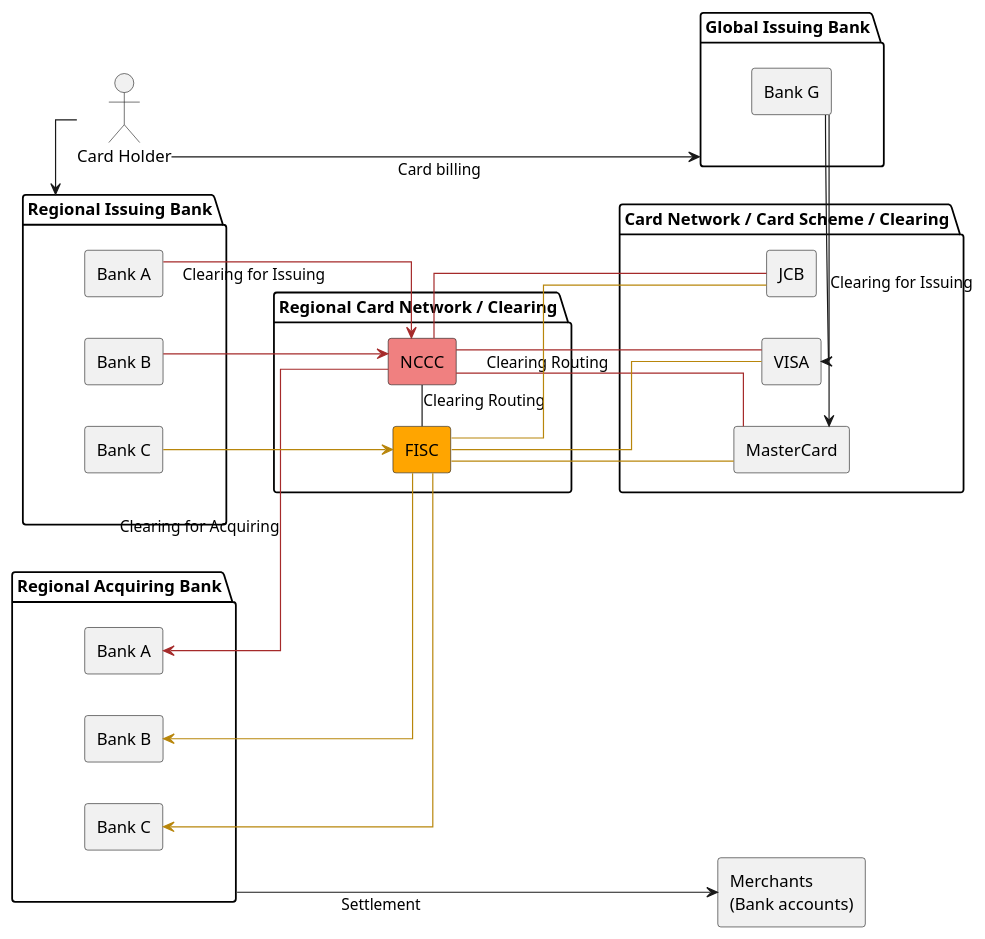
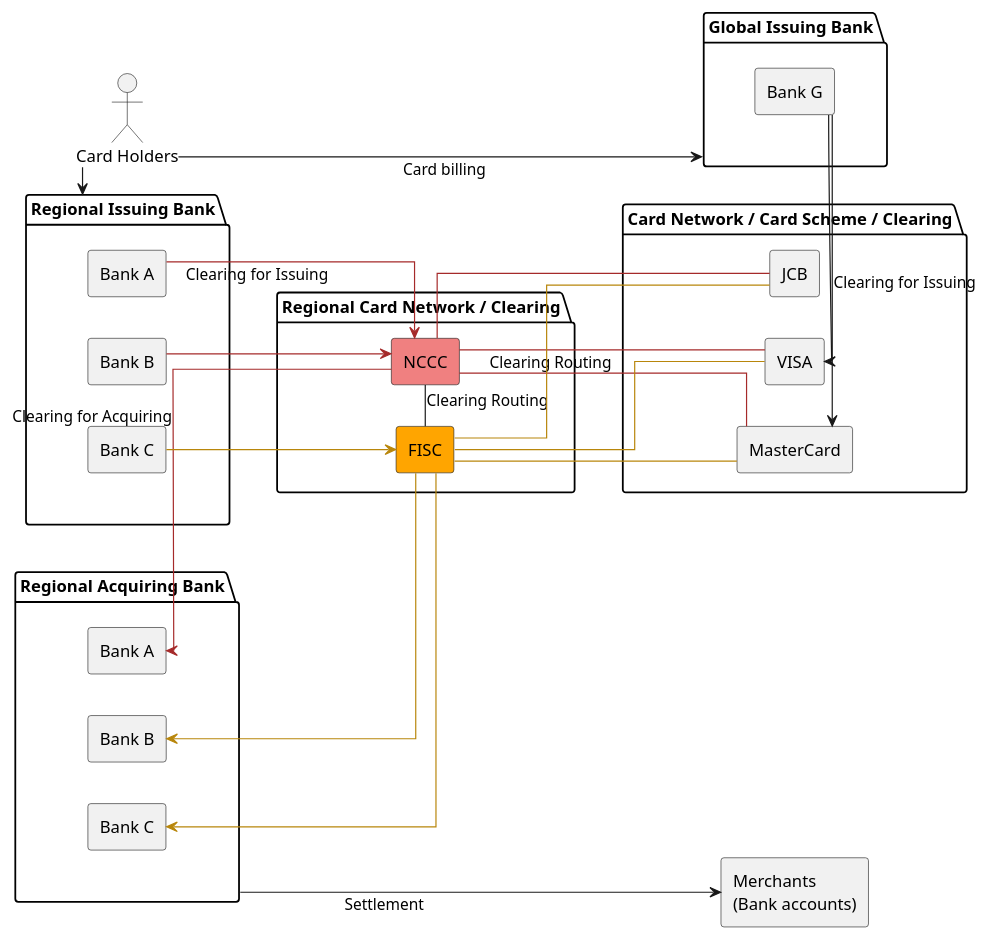
The diagram in payment/local-card-services-clearing.plantuml (yidas/web-service-architectures), drawn with PlantUML before and after one commit.

```diff
--- a/payment/local-card-services-clearing.plantuml
+++ b/payment/local-card-services-clearing.plantuml
@@ -1,53 +1,53 @@
 @startuml
 skinparam linetype polyline
 skinparam linetype ortho
 left to right direction
 
-actor "Card Holder" as user
+actor "Card Holders" as user
 agent "Merchants \n(Bank accounts)" as merchant
 package "Card Network / Card Scheme / Clearing" as ccnet {
   agent "VISA" as visa
   agent "MasterCard" as mc
   agent "JCB" as jcb
 }
 package "Regional Card Network / Clearing" as ccnet_local {
   agent "NCCC" as nccc #lightcoral
   agent "FISC" as fisc #orange
 }
 package "Global Issuing Bank" as issuer_global {
   agent "Bank G" as issuer_global_a
 }
 package "Regional Issuing Bank" as issuer_local {
   agent "Bank A" as issuer_a
   agent "Bank C" as issuer_b
   agent "Bank B" as issuer_c
 }
 package "Regional Acquiring Bank" as acquirer_local {
   agent "Bank A" as acquirer_a
   agent "Bank C" as acquirer_b
   agent "Bank B" as acquirer_c
 }
 
 nccc - fisc: Clearing Routing
 nccc --[#brown] visa: Clearing Routing
 nccc --[#brown] mc
 nccc --[#brown] jcb
 fisc --[#darkGoldenRod] visa
 fisc --[#darkGoldenRod] mc
 fisc --[#darkGoldenRod] jcb
 
 issuer_a --[#brown]> nccc: Clearing for Issuing
 acquirer_a <--[#brown] nccc: Clearing for Acquiring
 issuer_b --[#darkGoldenRod]> fisc
 acquirer_b <--[#darkGoldenRod] fisc
 issuer_c --[#brown]> nccc
 acquirer_c <--[#darkGoldenRod] fisc
 
 issuer_global_a -left-> visa
 issuer_global_a -left-> mc: Clearing for Issuing
 
 acquirer_local ---> merchant: Settlement
 
 user --> issuer_global: Card billing
 user -> issuer_local
 @enduml
```
